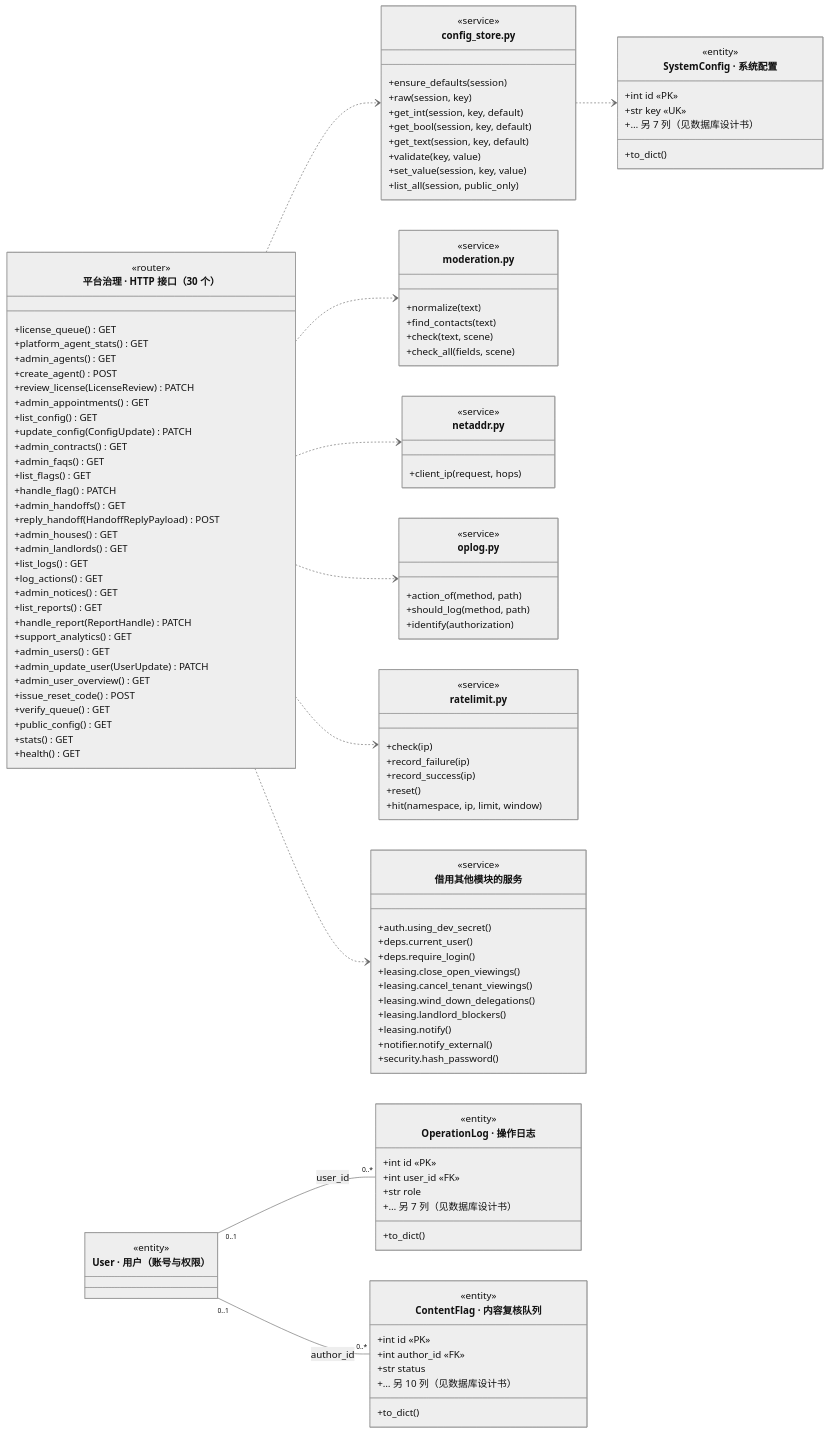
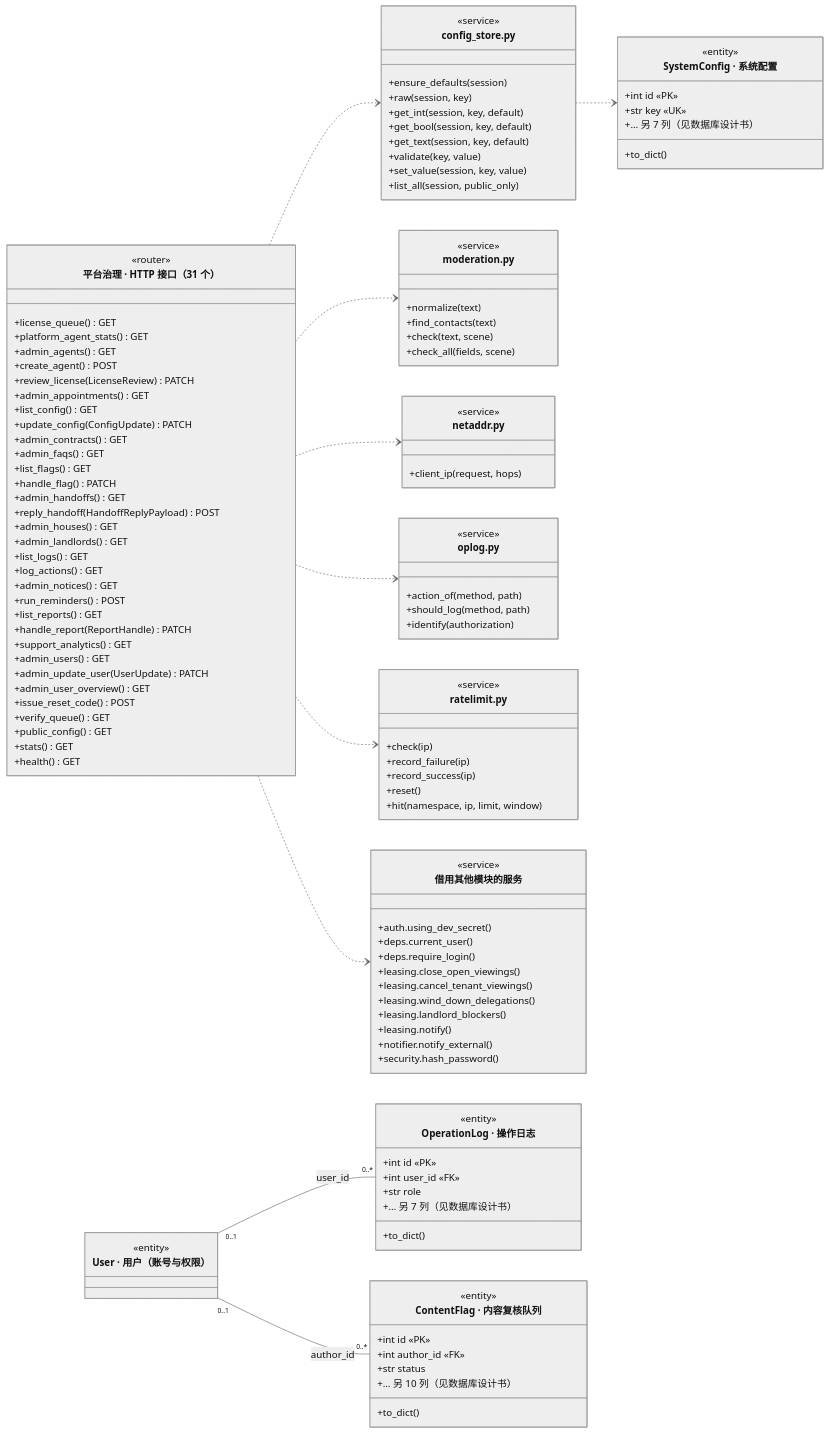
Before and after one commit to A107586/ai-house-rental: the diagram in docs/图/class_governance.mmd, drawn with Mermaid (neutral theme). The commit also changed 19 other files, not shown here.

```diff
--- a/docs/图/class_governance.mmd
+++ b/docs/图/class_governance.mmd
@@ -1,118 +1,119 @@
 classDiagram
     direction LR
-    class Api["平台治理 · HTTP 接口（30 个）"] {
+    class Api["平台治理 · HTTP 接口（31 个）"] {
         <<router>>
         +license_queue() GET
         +platform_agent_stats() GET
         +admin_agents() GET
         +create_agent() POST
         +review_license(LicenseReview) PATCH
         +admin_appointments() GET
         +list_config() GET
         +update_config(ConfigUpdate) PATCH
         +admin_contracts() GET
         +admin_faqs() GET
         +list_flags() GET
         +handle_flag() PATCH
         +admin_handoffs() GET
         +reply_handoff(HandoffReplyPayload) POST
         +admin_houses() GET
         +admin_landlords() GET
         +list_logs() GET
         +log_actions() GET
         +admin_notices() GET
+        +run_reminders() POST
         +list_reports() GET
         +handle_report(ReportHandle) PATCH
         +support_analytics() GET
         +admin_users() GET
         +admin_update_user(UserUpdate) PATCH
         +admin_user_overview() GET
         +issue_reset_code() POST
         +verify_queue() GET
         +public_config() GET
         +stats() GET
         +health() GET
     }
     class m_config_store["config_store.py"] {
         <<service>>
         +ensure_defaults(session)
         +raw(session, key)
         +get_int(session, key, default)
         +get_bool(session, key, default)
         +get_text(session, key, default)
         +validate(key, value)
         +set_value(session, key, value)
         +list_all(session, public_only)
     }
     Api ..> m_config_store
     class m_moderation["moderation.py"] {
         <<service>>
         +normalize(text)
         +find_contacts(text)
         +check(text, scene)
         +check_all(fields, scene)
     }
     Api ..> m_moderation
     class m_netaddr["netaddr.py"] {
         <<service>>
         +client_ip(request, hops)
     }
     Api ..> m_netaddr
     class m_oplog["oplog.py"] {
         <<service>>
         +action_of(method, path)
         +should_log(method, path)
         +identify(authorization)
     }
     Api ..> m_oplog
     class m_ratelimit["ratelimit.py"] {
         <<service>>
         +check(ip)
         +record_failure(ip)
         +record_success(ip)
         +reset()
         +hit(namespace, ip, limit, window)
     }
     Api ..> m_ratelimit
     class m_shared["借用其他模块的服务"] {
         <<service>>
         +auth.using_dev_secret()
         +deps.current_user()
         +deps.require_login()
         +leasing.close_open_viewings()
         +leasing.cancel_tenant_viewings()
         +leasing.wind_down_delegations()
         +leasing.landlord_blockers()
         +leasing.notify()
         +notifier.notify_external()
         +security.hash_password()
     }
     Api ..> m_shared
     class OperationLog["OperationLog · 操作日志"] {
         <<entity>>
         +int id «PK»
         +int user_id «FK»
         +str role
         +… 另 7 列（见数据库设计书）
         +to_dict()
     }
     class ContentFlag["ContentFlag · 内容复核队列"] {
         <<entity>>
         +int id «PK»
         +int author_id «FK»
         +str status
         +… 另 10 列（见数据库设计书）
         +to_dict()
     }
     class SystemConfig["SystemConfig · 系统配置"] {
         <<entity>>
         +int id «PK»
         +str key «UK»
         +… 另 7 列（见数据库设计书）
         +to_dict()
     }
     class User["User · 用户（账号与权限）"]
     <<entity>> User
     User "0..1" -- "0..*" OperationLog : user_id
     User "0..1" -- "0..*" ContentFlag : author_id
     m_config_store ..> SystemConfig
```
